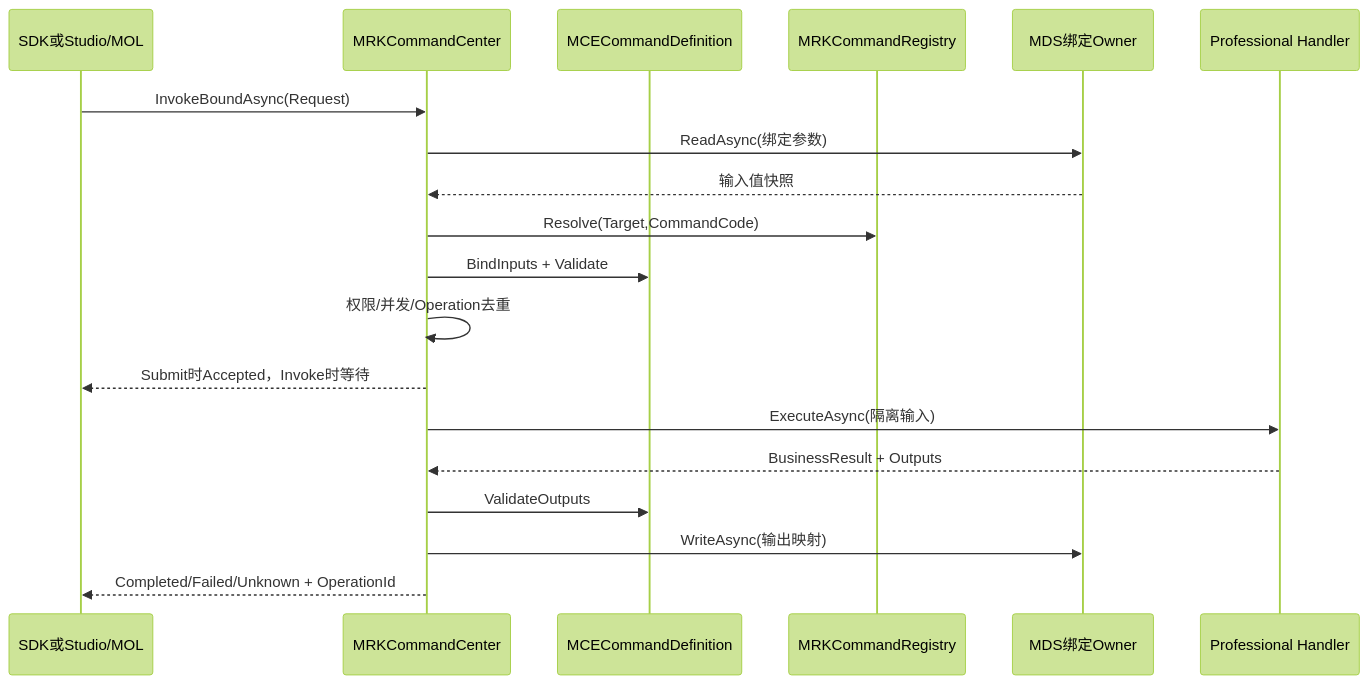
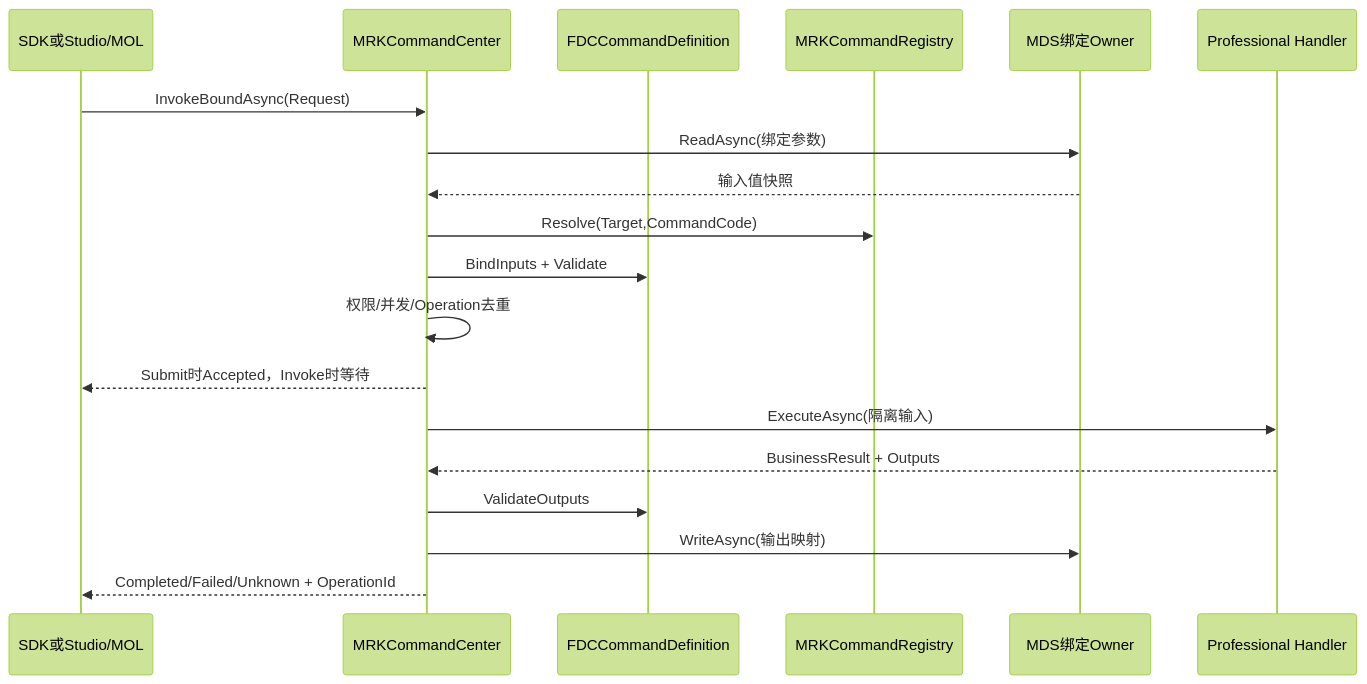
One commit to oudream/cx-visual-x3 changed the second of 2 diagrams in DOCS/Implementation/CxVisual_统一命令中心——源码审查与增量验收_V1.0.md. Above: the diagram before and after it, drawn with Mermaid (forest theme). The commit also changed other lines of this file and 17 other files, not shown here.

````diff
--- a/DOCS/Implementation/CxVisual_统一命令中心——源码审查与增量验收_V1.0.md
+++ b/DOCS/Implementation/CxVisual_统一命令中心——源码审查与增量验收_V1.0.md
@@ -154,21 +154,21 @@
 ```mermaid
 sequenceDiagram
     participant Studio as SDK或Studio/MOL
     participant Center as MRKCommandCenter
-    participant Schema as MCECommandDefinition
+    participant Schema as FDCCommandDefinition
     participant Registry as MRKCommandRegistry
     participant Owner as MDS绑定Owner
     participant Handler as Professional Handler
     Studio->>Center: InvokeBoundAsync(Request)
     Center->>Owner: ReadAsync(绑定参数)
     Owner-->>Center: 输入值快照
     Center->>Registry: Resolve(Target,CommandCode)
     Center->>Schema: BindInputs + Validate
     Center->>Center: 权限/并发/Operation去重
     Center-->>Studio: Submit时Accepted，Invoke时等待
     Center->>Handler: ExecuteAsync(隔离输入)
     Handler-->>Center: BusinessResult + Outputs
     Center->>Schema: ValidateOutputs
     Center->>Owner: WriteAsync(输出映射)
     Center-->>Studio: Completed/Failed/Unknown + OperationId
 ```
````
